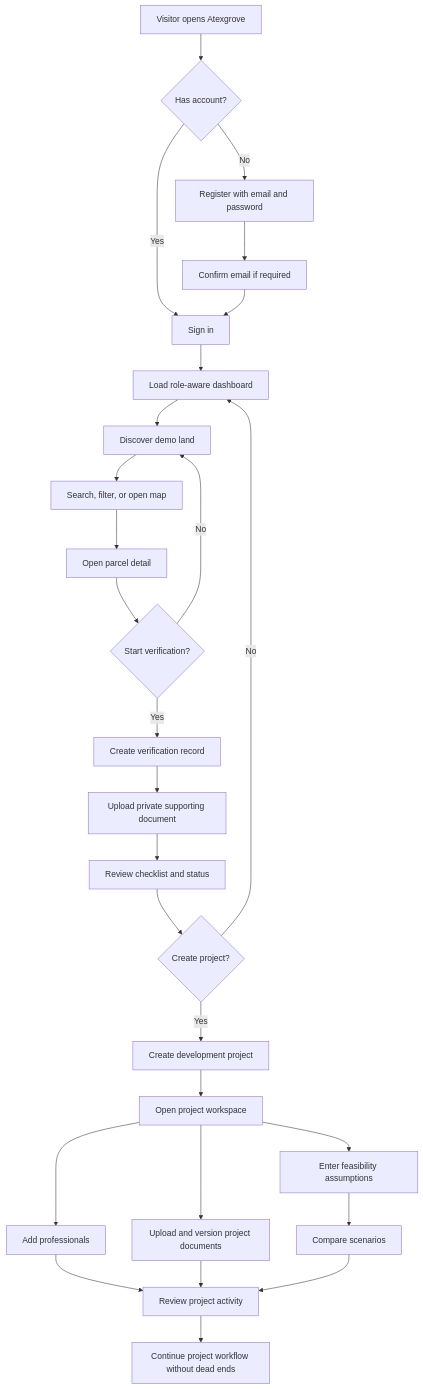
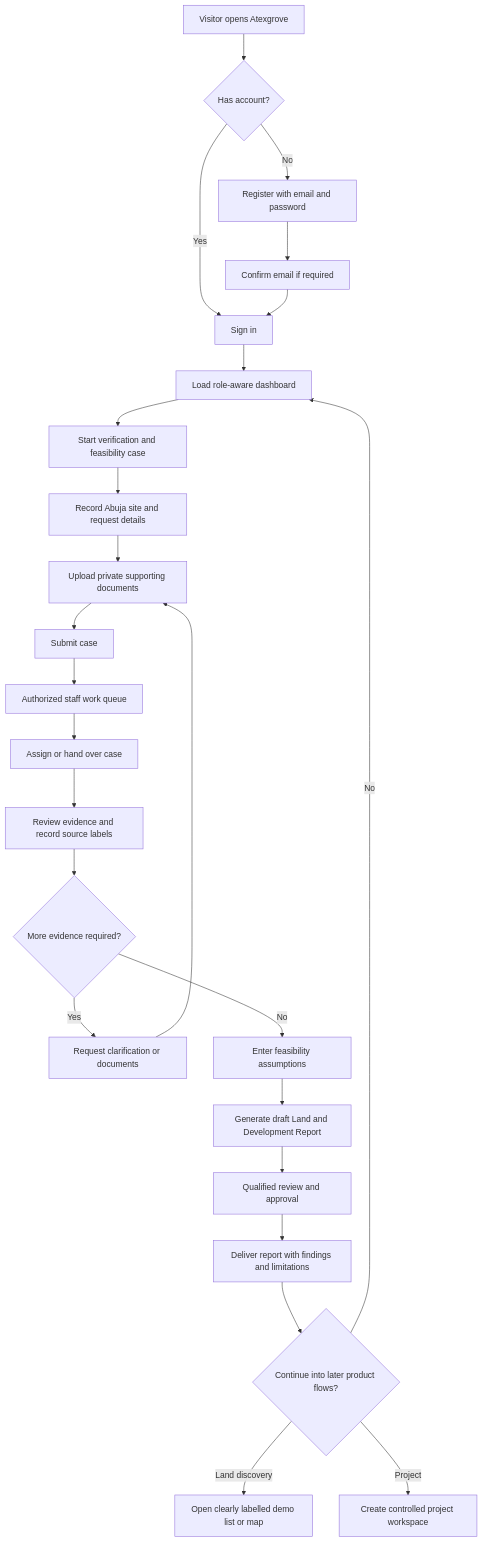
Before and after one commit to bakareolamilekan365-tech/APEXGROVE: the first of 2 diagrams in docs/18-PROTOTYPE-FLOW-AND-DELIVERY-MAP.md, drawn with Mermaid. The commit also changed other lines of this file and 72 other files, not shown here.

````diff
--- a/docs/18-PROTOTYPE-FLOW-AND-DELIVERY-MAP.md
+++ b/docs/18-PROTOTYPE-FLOW-AND-DELIVERY-MAP.md
@@ -13,29 +13,27 @@
 ```mermaid
 flowchart TD
     A[Visitor opens Atexgrove] --> B{Has account?}
     B -->|No| C[Register with email and password]
     B -->|Yes| D[Sign in]
     C --> E[Confirm email if required]
     E --> D
     D --> F[Load role-aware dashboard]
-    F --> G[Discover demo land]
-    G --> H[Search, filter, or open map]
-    H --> I[Open parcel detail]
-    I --> J{Start verification?}
-    J -->|No| G
-    J -->|Yes| K[Create verification record]
-    K --> L[Upload private supporting document]
-    L --> M[Review checklist and status]
-    M --> N{Create project?}
-    N -->|No| F
-    N -->|Yes| O[Create development project]
-    O --> P[Open project workspace]
-    P --> Q[Add professionals]
-    P --> R[Upload and version project documents]
-    P --> S[Enter feasibility assumptions]
-    S --> T[Compare scenarios]
-    Q --> U[Review project activity]
-    R --> U
-    T --> U
-    U --> V[Continue project workflow without dead ends]
+    F --> G[Start verification and feasibility case]
+    G --> H[Record Abuja site and request details]
+    H --> I[Upload private supporting documents]
+    I --> J[Submit case]
+    J --> K[Authorized staff work queue]
+    K --> L[Assign or hand over case]
+    L --> M[Review evidence and record source labels]
+    M --> N{More evidence required?}
+    N -->|Yes| O[Request clarification or documents]
+    O --> I
+    N -->|No| P[Enter feasibility assumptions]
+    P --> Q[Generate draft Land and Development Report]
+    Q --> R[Qualified review and approval]
+    R --> S[Deliver report with findings and limitations]
+    S --> T{Continue into later product flows?}
+    T -->|Land discovery| U[Open clearly labelled demo list or map]
+    T -->|Project| V[Create controlled project workspace]
+    T -->|No| F
 ```
````
